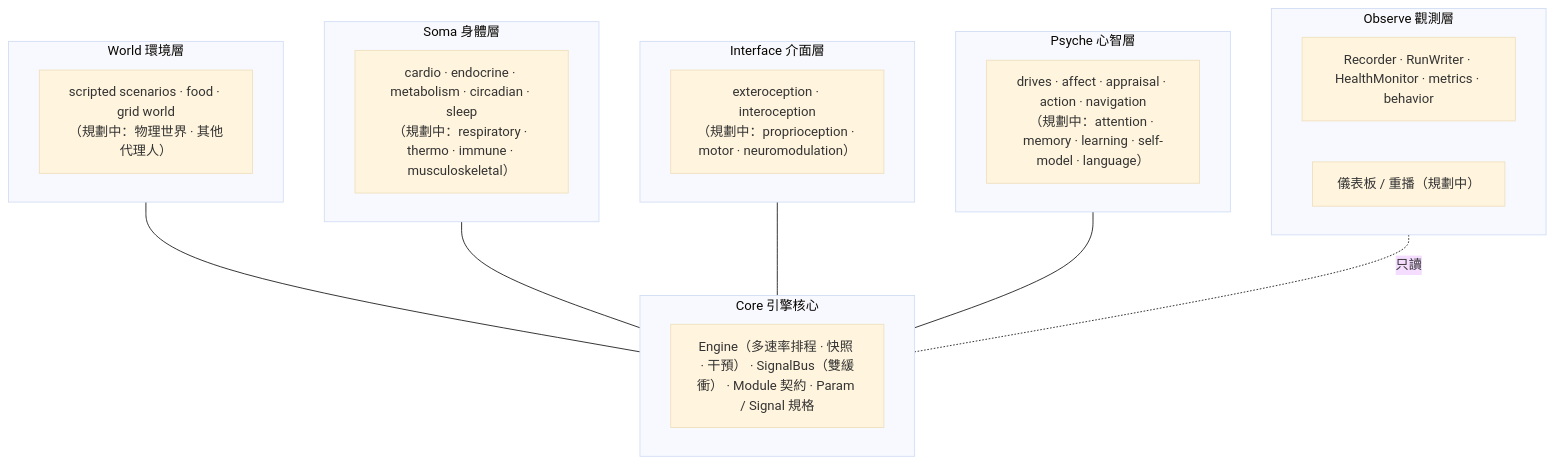
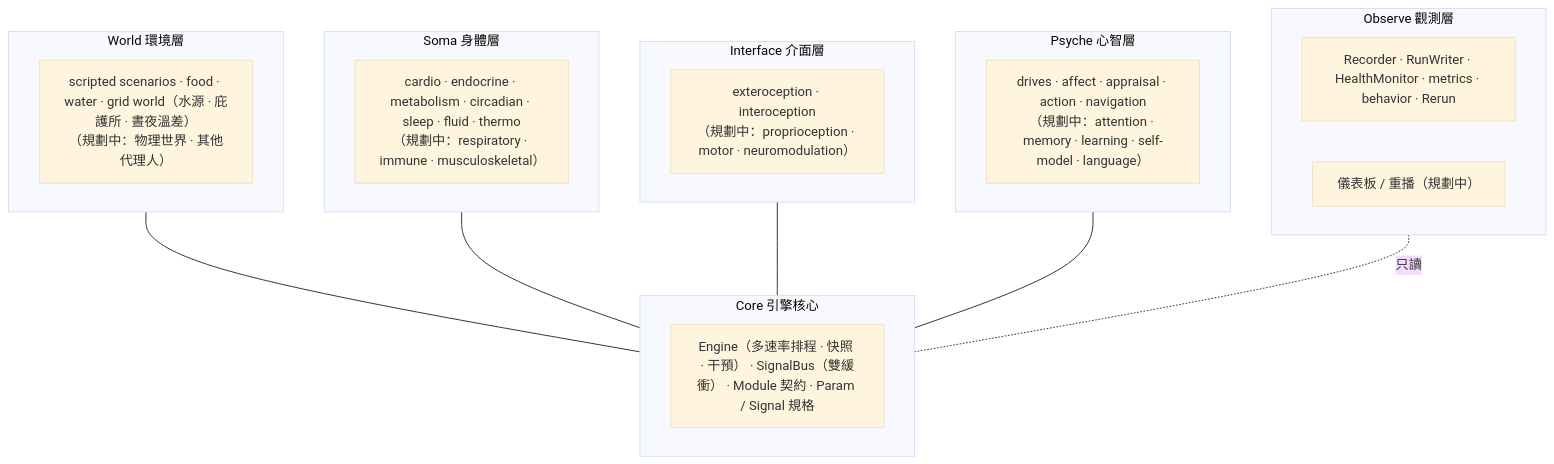
Before and after one commit to Galen-Chu/Unbodysoma: the first of 2 diagrams in docs/ARCHITECTURE.md, drawn with Mermaid (base theme). The commit also changed other lines of this file and 49 other files, not shown here.

````diff
--- a/docs/ARCHITECTURE.md
+++ b/docs/ARCHITECTURE.md
@@ -7,24 +7,24 @@
 ```mermaid
 flowchart TB
     subgraph L5["Observe 觀測層"]
-        REC["Recorder · RunWriter · HealthMonitor · metrics · behavior"]
+        REC["Recorder · RunWriter · HealthMonitor · metrics · behavior · Rerun"]
         VIS["儀表板 / 重播（規劃中）"]
     end
     subgraph L4["Psyche 心智層"]
         P["drives · affect · appraisal · action · navigation<br/>（規劃中：attention · memory · learning · self-model · language）"]
     end
     subgraph L3["Interface 介面層"]
         I["exteroception · interoception<br/>（規劃中：proprioception · motor · neuromodulation）"]
     end
     subgraph L2["Soma 身體層"]
-        S["cardio · endocrine · metabolism · circadian · sleep<br/>（規劃中：respiratory · thermo · immune · musculoskeletal）"]
+        S["cardio · endocrine · metabolism · circadian · sleep · fluid · thermo<br/>（規劃中：respiratory · immune · musculoskeletal）"]
     end
     subgraph L1["World 環境層"]
-        W["scripted scenarios · food · grid world<br/>（規劃中：物理世界 · 其他代理人）"]
+        W["scripted scenarios · food · water · grid world（水源 · 庇護所 · 晝夜溫差）<br/>（規劃中：物理世界 · 其他代理人）"]
     end
     subgraph L0["Core 引擎核心"]
         C["Engine（多速率排程 · 快照 · 干預） · SignalBus（雙緩衝） · Module 契約 · Param / Signal 規格"]
     end
     L1 & L2 & L3 & L4 --- L0
     L5 -. 只讀 .- L0
 ```
````
